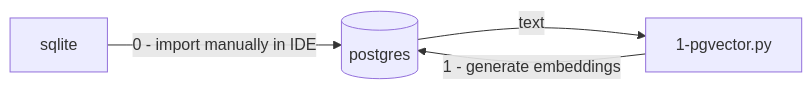
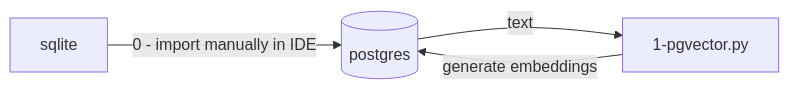
The first of 4 diagrams in README.md (tot-ra/vector-bible), drawn with Mermaid before and after one commit. The commit also changed other lines of this file, not shown here.

````diff
--- a/README.md
+++ b/README.md
@@ -56,5 +57,5 @@
 ```mermaid
 flowchart LR
 sqlite -- " 0 - import manually in IDE " --> postgres 
-postgres -- " text " --> 1-pgvector.py -- " 1 - generate embeddings " --> postgres[( postgres )]
+postgres -- " text " --> 1-pgvector.py -- " generate embeddings " --> postgres[( postgres )]
 ```
````
